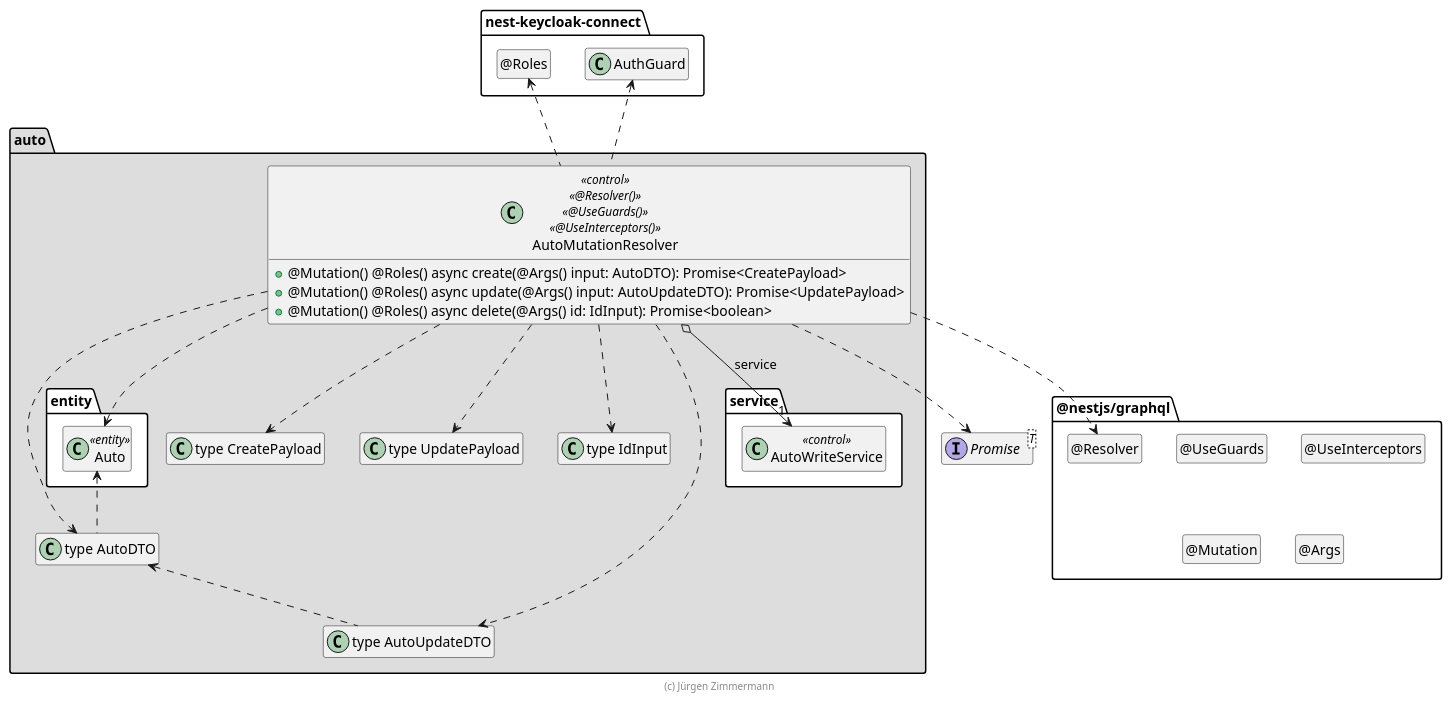
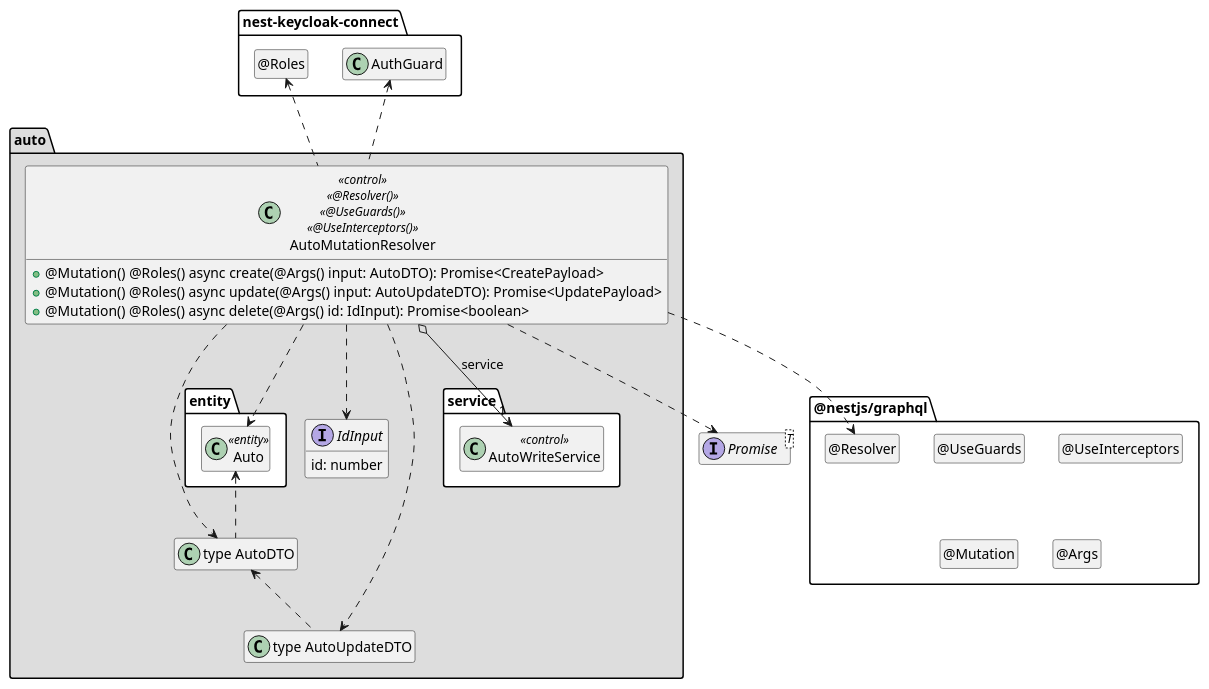
One commit to JBones35/auto changed the diagram in .extras/doc/projekthandbuch/AutoMutationResolver.plantuml. Above: the diagram before and after it, drawn with PlantUML. The commit also changed 8 other files, not shown here.

Commit message:
plant-uml nachbesserungen am 29.04

```diff
--- a/.extras/doc/projekthandbuch/AutoMutationResolver.plantuml
+++ b/.extras/doc/projekthandbuch/AutoMutationResolver.plantuml
@@ -1,70 +1,68 @@
 @startuml Controller-Klasse
 
 interface Promise<T>
 
 package @nestjs/graphql {
   class "@Resolver" as Resolver
   hide Resolver circle
 
   class "@UseGuards" as UseGuards
   hide UseGuards circle
 
   class "@UseInterceptors" as UseInterceptors
   hide UseInterceptors circle
 
   class "@Mutation" as Mutation
   hide Mutation circle
 
   class "@Args" as Args
   hide Args circle
 }
 
 package nest-keycloak-connect {
   class AuthGuard
   class "@Roles" as Roles
   hide Roles circle
 }
 
 package auto #DDDDDD {
   package entity #FFFFFF {
     class Auto <<entity>>
   }
 
   package service #FFFFFF {
     class AutoWriteService << control >>
   }
 
   class "type AutoDTO" as AutoDTO
   class "type AutoUpdateDTO" as AutoUpdateDTO
-  class "type CreatePayload" as CreatePayload
-  class "type UpdatePayload" as UpdatePayload
-  class "type IdInput" as IdInput
+
+     interface IdInput {
+        id: number
+    }
+
 
   class AutoMutationResolver << control >> << @Resolver() >> << @UseGuards() >> << @UseInterceptors() >> {
     + @Mutation() @Roles() async create(@Args() input: AutoDTO): Promise<CreatePayload>
     + @Mutation() @Roles() async update(@Args() input: AutoUpdateDTO): Promise<UpdatePayload>
     + @Mutation() @Roles() async delete(@Args() id: IdInput): Promise<boolean>
   }
 
   AutoMutationResolver o-down-> "1" AutoWriteService : service
 
   AutoMutationResolver ..> AutoDTO
   AutoMutationResolver ..> AutoUpdateDTO
-  AutoMutationResolver ..> CreatePayload
-  AutoMutationResolver ..> UpdatePayload
   AutoMutationResolver ..> IdInput
   AutoMutationResolver ..> Auto
   AutoMutationResolver ..> Promise
   AutoMutationResolver ..> Resolver
   AutoMutationResolver .up.> AuthGuard
   AutoMutationResolver .up.> Roles
 
   AutoDTO .up.> Auto
   AutoUpdateDTO .up.> AutoDTO
 }
 
 hide empty members
 
-footer (c) Jürgen Zimmermann
-
 @enduml
```
